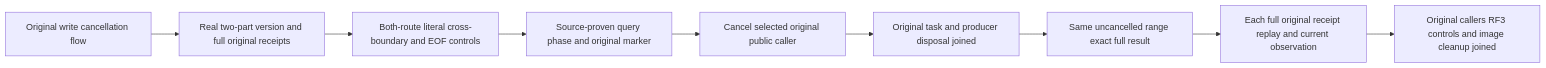
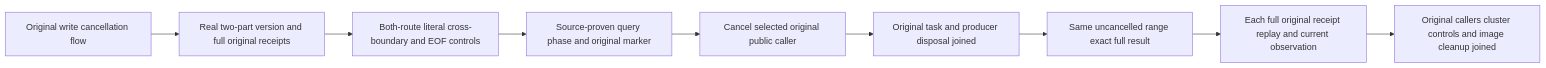
The first of 2 diagrams in docs/Features/BlobStorage/PartialRangeQueryCancellationPublic.md (managedcode/KeyLoad), drawn with Mermaid before and after one commit. The commit also changed other lines of this file and 7356 other files, not shown here.

````diff
--- a/docs/Features/BlobStorage/PartialRangeQueryCancellationPublic.md
+++ b/docs/Features/BlobStorage/PartialRangeQueryCancellationPublic.md
@@ -15,11 +15,11 @@
 ```mermaid
 flowchart LR
  Original[Original write cancellation flow] --> Publish[Real two-part version and full original receipts]
  Publish --> Positive[Both-route literal cross-boundary and EOF controls]
  Positive --> Hold[Source-proven query phase and original marker]
  Hold --> Cancel[Cancel selected original public caller]
  Cancel --> Join[Original task and producer disposal joined]
  Join --> Retry[Same uncancelled range exact full result]
  Retry --> Replay[Each full original receipt replay and current observation]
- Replay --> Cleanup[Original callers RF3 controls and image cleanup joined]
+ Replay --> Cleanup[Original callers cluster controls and image cleanup joined]
 ```
````
